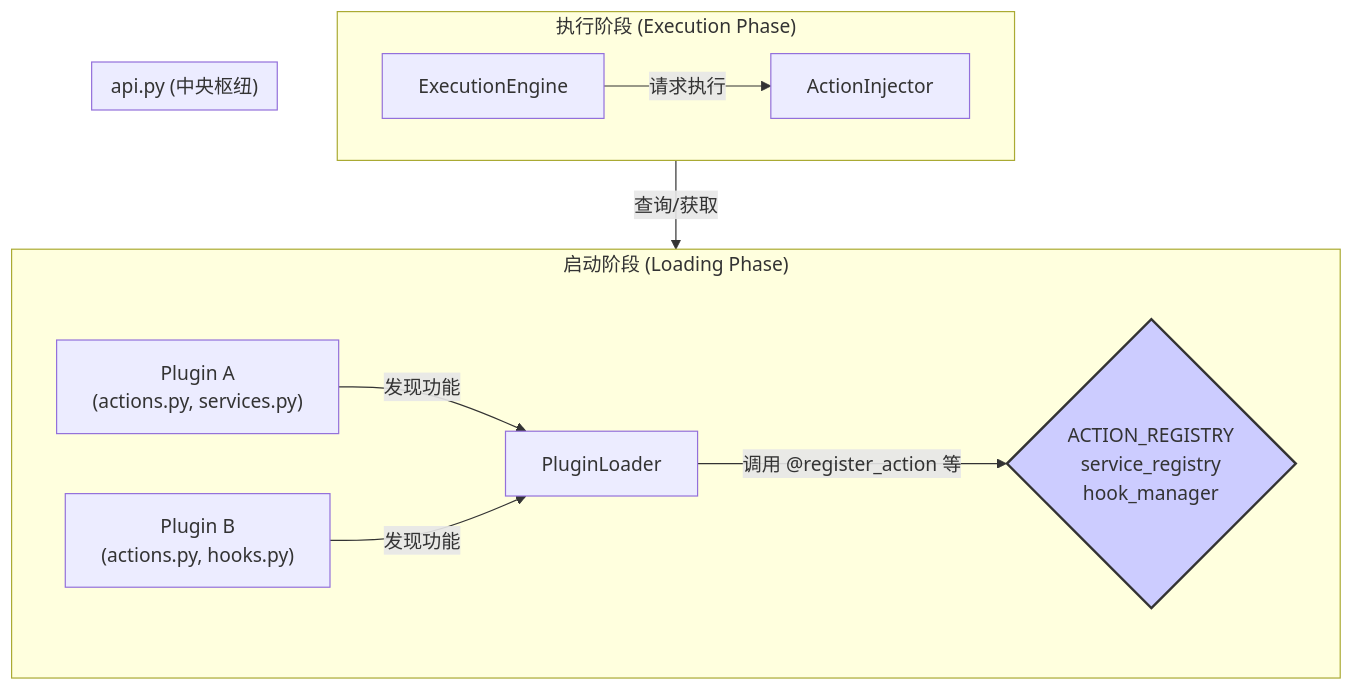
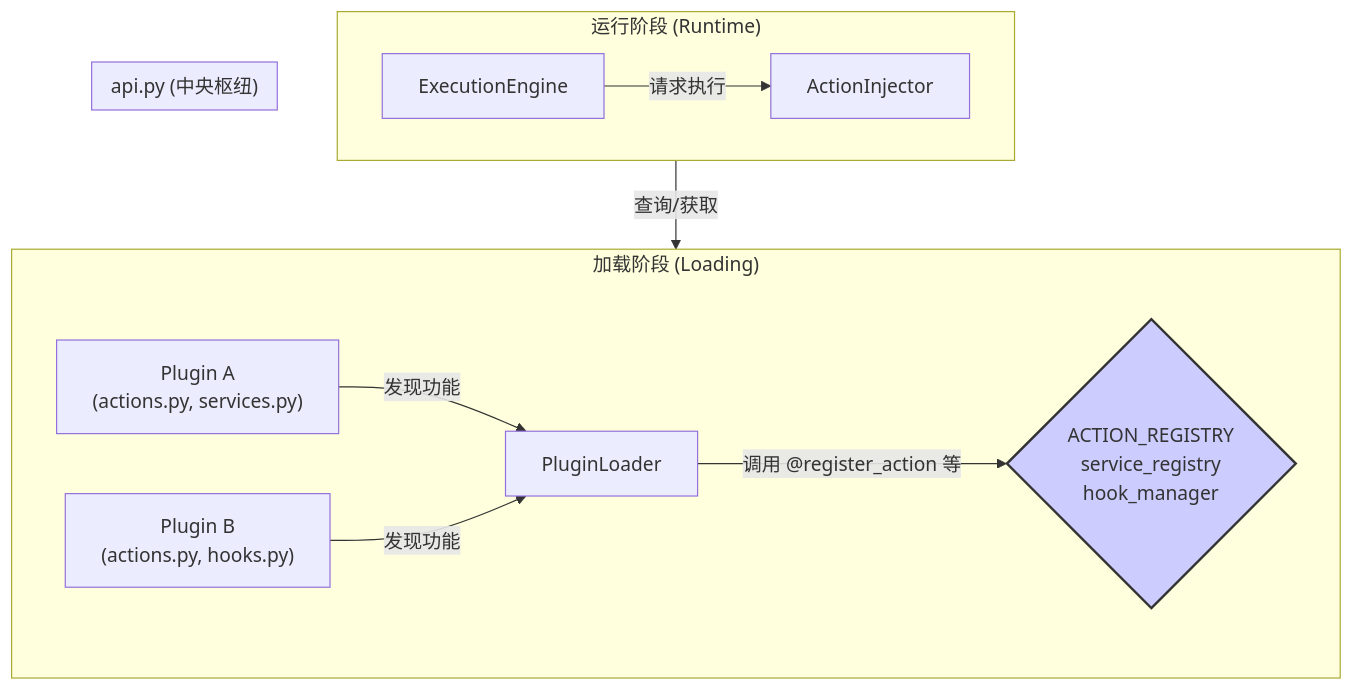
One commit to nightofknife/aura-framework changed the first of 2 diagrams in readme/core_doc/api.md. Above: the diagram before and after it, drawn with Mermaid. The commit also changed other lines of this file and 6 other files, not shown here.

````diff
--- a/readme/core_doc/api.md
+++ b/readme/core_doc/api.md
@@ -20,28 +22,28 @@
 ```mermaid
 graph TD
-    subgraph "启动阶段 (Loading Phase)"
+    subgraph "加载阶段 (Loading)"
         direction LR
         PluginA["Plugin A <br> (actions.py, services.py)"]
         PluginB["Plugin B <br> (actions.py, hooks.py)"]
         Loader[PluginLoader]
         
         PluginA -- "发现功能" --> Loader
         PluginB -- "发现功能" --> Loader
         Loader -- "调用 @register_action 等" --> API_MODULE
     end
 
-    subgraph "执行阶段 (Execution Phase)"
+    subgraph "运行阶段 (Runtime)"
         direction LR
         Engine[ExecutionEngine]
         Injector[ActionInjector]
         
         Engine -- "请求执行" --> Injector
         Injector -- "查询/获取" --> API_MODULE
     end
 
     subgraph "api.py (中央枢纽)"
         API_MODULE{ACTION_REGISTRY<br>service_registry<br>hook_manager}
     end
 
     style API_MODULE fill:#ccf,stroke:#333,stroke-width:2px
 ```
````
